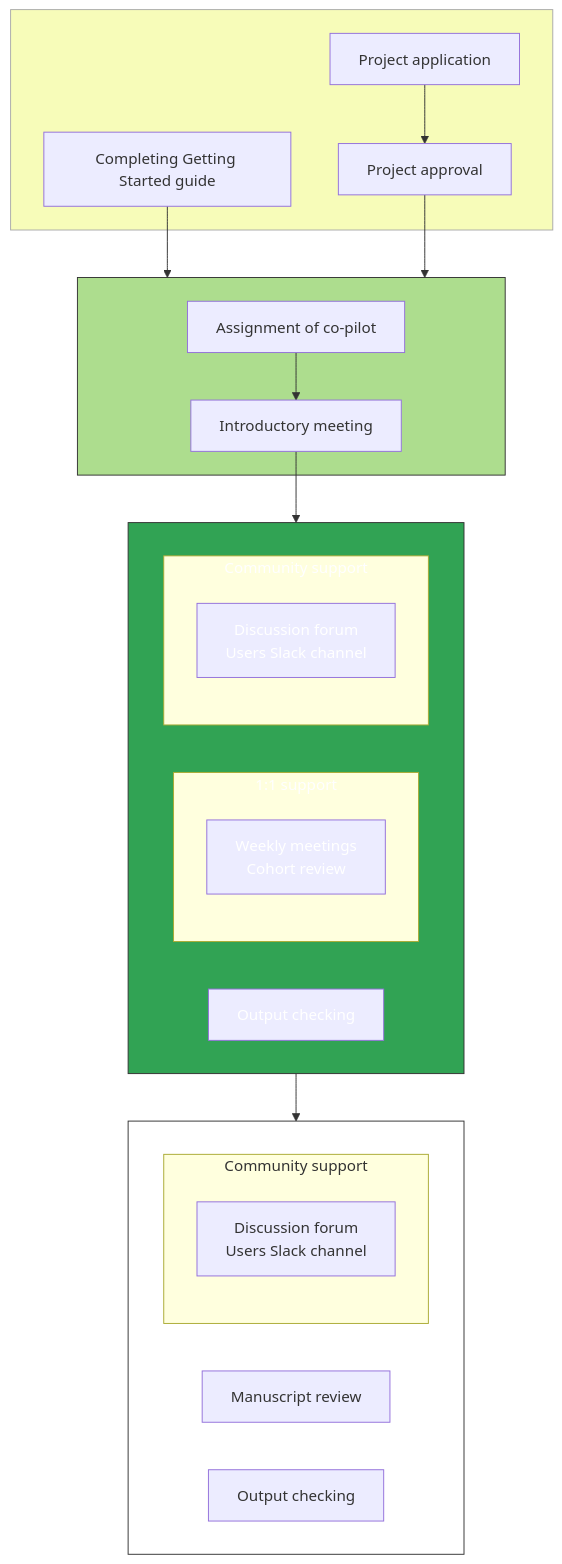
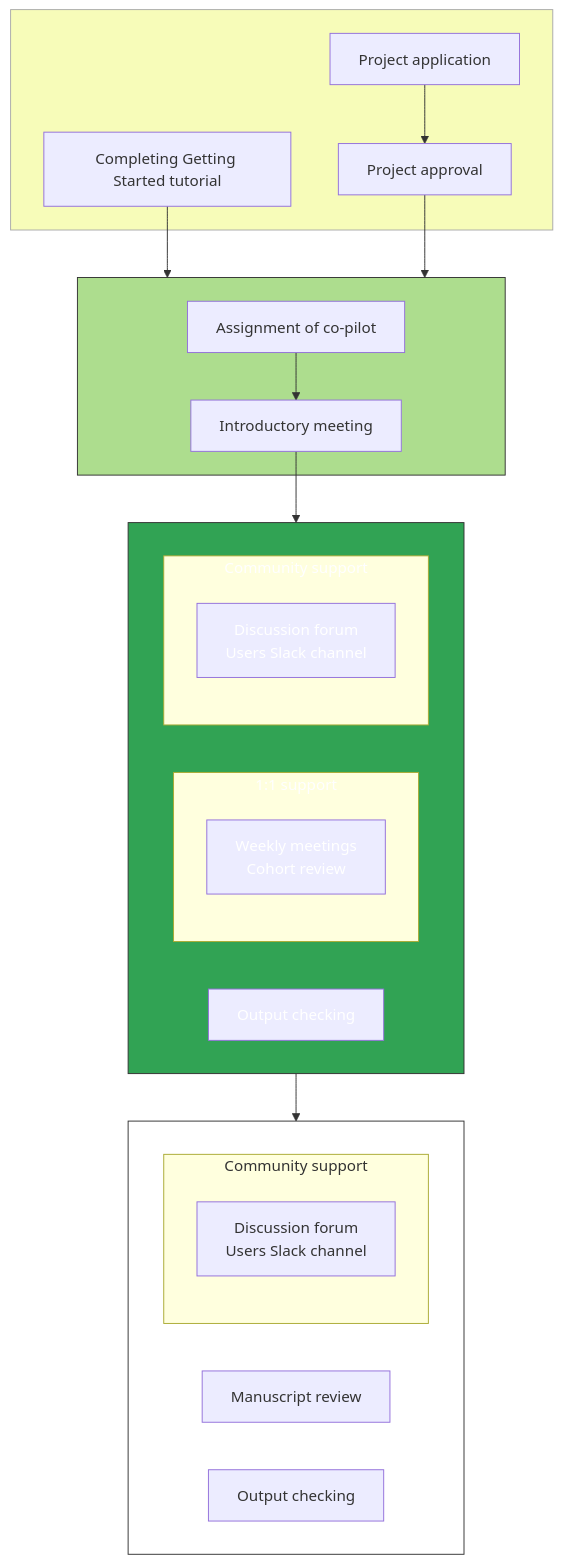
Before and after one commit to opensafely/documentation: the diagram in docs/copiloting-service.md, drawn with Mermaid. The commit also changed other lines of this file and 3 other files, not shown here.

First line of the commit message:
Fix links to Getting Started tutorial

````diff
--- a/docs/copiloting-service.md
+++ b/docs/copiloting-service.md
@@ -30,43 +30,43 @@
 ```mermaid
 flowchart TD
     subgraph setup_stage[" "]
         application_submission[Project application]
         application_approval[Project approval]
         application_submission --> application_approval
-        getting_started[Completing Getting Started guide]
+        getting_started[Completing Getting Started tutorial]
     end
     subgraph assignment_stage[" "]
             co-pilot_assignment[Assignment of co-pilot]
             introductory_meeting[Introductory meeting]
             co-pilot_assignment --> introductory_meeting
     end
     subgraph co-piloting_stage[" "]
         subgraph dedicated_support[1:1 support]
             active_co-piloting[Weekly meetings\nCohort review]
         end
         subgraph wider_support[Community support]
             wider_support_details[Discussion forum\nUsers Slack channel]
         end
         output_checking[Output checking]
     end
     subgraph post_co-piloting_stage[" "]
         subgraph wider_support_post[Community support]
             wider_support_details_post[Discussion forum\nUsers Slack channel]
         end
         manuscript_review[Manuscript review]
         output_checking_post[Output checking]
     end
     getting_started --> assignment_stage
     application_approval --> assignment_stage
     introductory_meeting --> co-piloting_stage
     co-piloting_stage --> post_co-piloting_stage
     style setup_stage fill:#f7fcb9,stroke:#aaa
     style assignment_stage fill:#addd8e,stroke:#333
     style co-piloting_stage fill:#31a354,stroke:#333
     style dedicated_support color:white
     style active_co-piloting color:white
     style wider_support color:white
     style wider_support_details color:white
     style output_checking color:white
     style post_co-piloting_stage fill:#fff,stroke:#333
 ```
````
